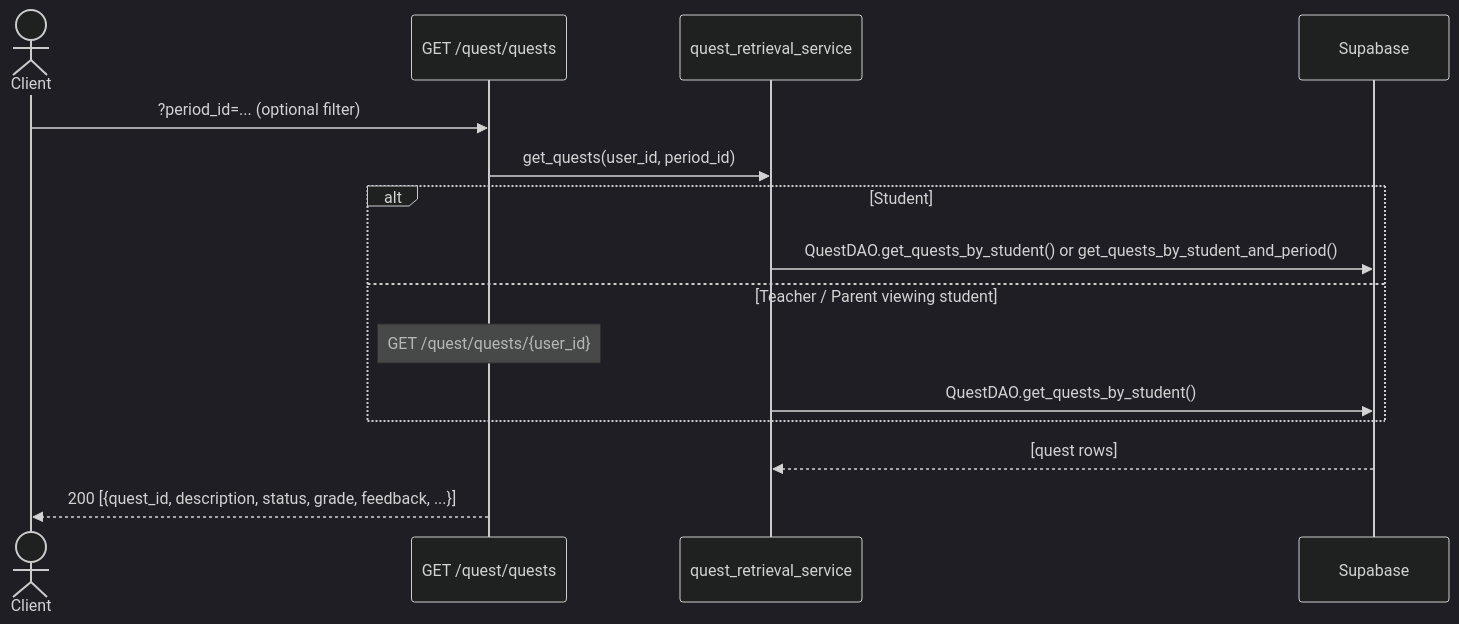
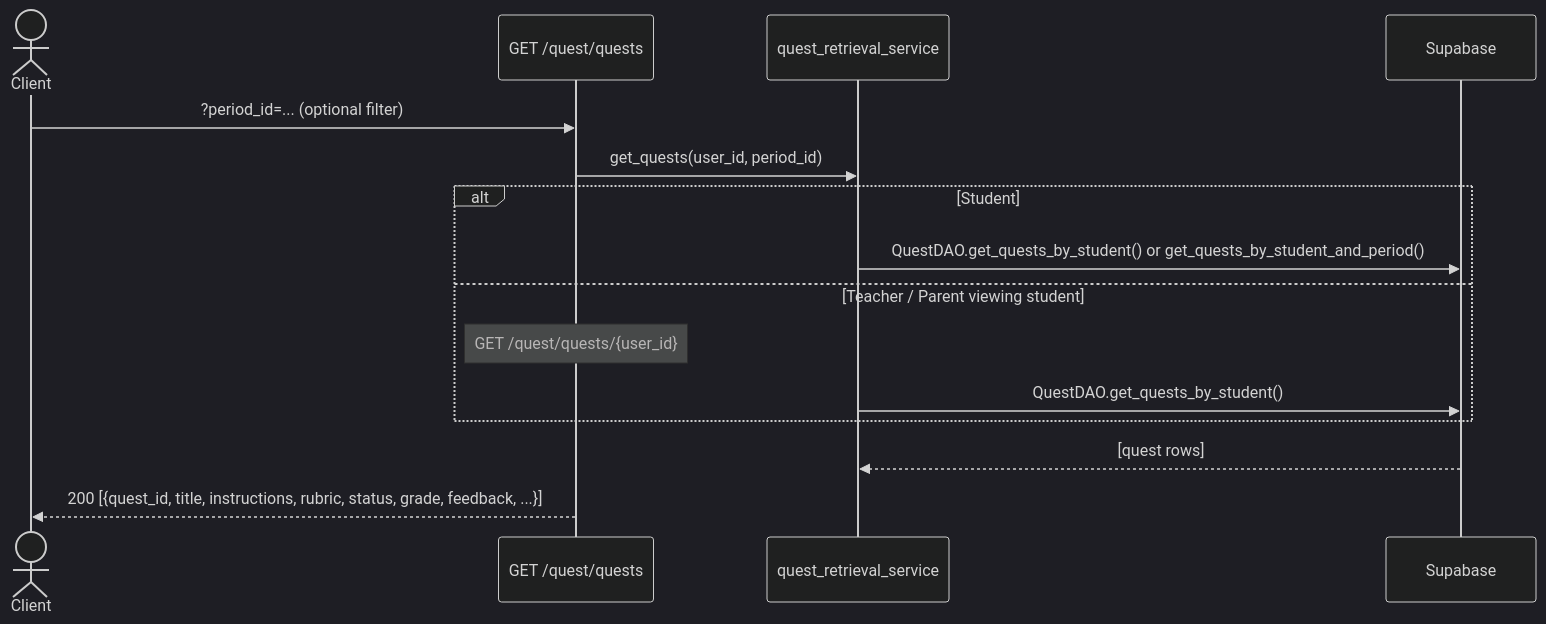
Diagram 17 of 22 in ARCHITECTURE.md (EduQuest-AI-Inc/eduquest-backend), drawn with Mermaid (dark theme) before and after one commit. The commit also changed other lines of this file, not shown here.

````diff
--- a/ARCHITECTURE.md
+++ b/ARCHITECTURE.md
@@ -481,18 +486,18 @@
 ```mermaid
 sequenceDiagram
     actor C as Client
     participant R as GET /quest/quests
     participant S as quest_retrieval_service
     participant DB as Supabase
 
     C->>R: ?period_id=...  (optional filter)
     R->>S: get_quests(user_id, period_id)
     alt Student
         S->>DB: QuestDAO.get_quests_by_student() or get_quests_by_student_and_period()
     else Teacher / Parent viewing student
         Note over R: GET /quest/quests/{user_id}
         S->>DB: QuestDAO.get_quests_by_student()
     end
     DB-->>S: [quest rows]
-    R-->>C: 200  [{quest_id, description, status, grade, feedback, ...}]
+    R-->>C: 200  [{quest_id, title, instructions, rubric, status, grade, feedback, ...}]
 ```
````
